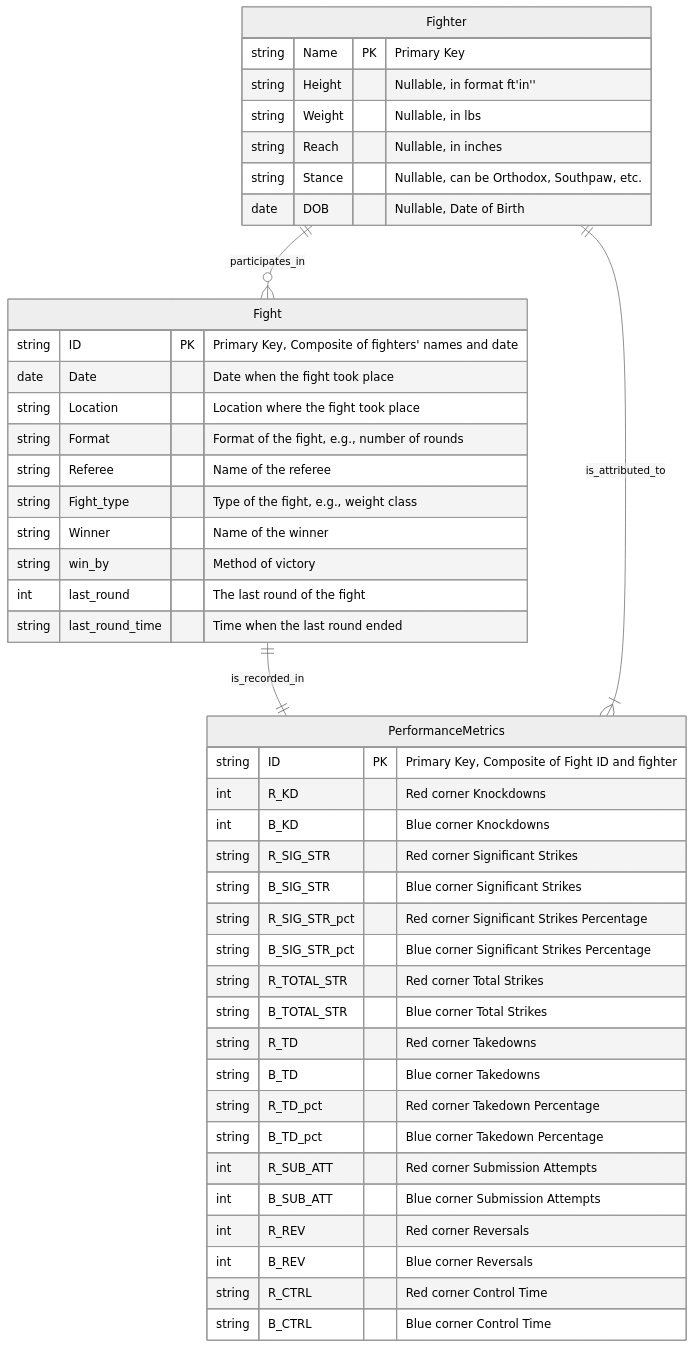
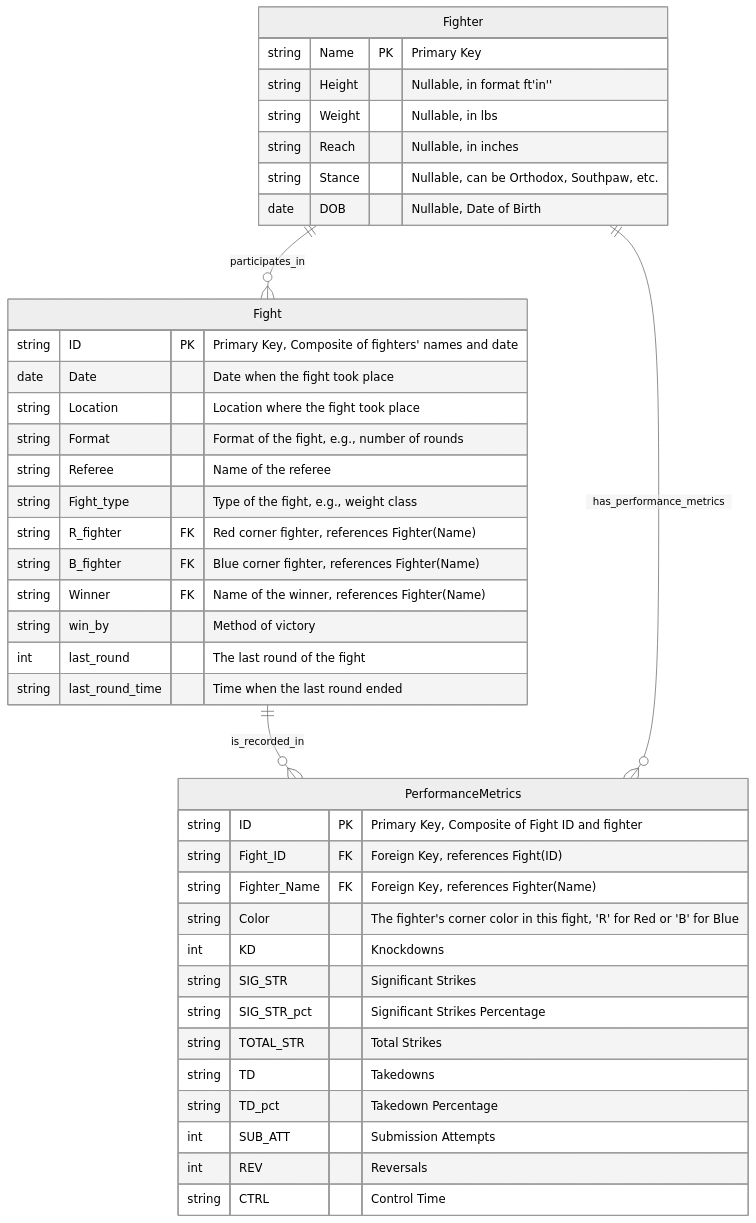
The diagram in 1_ERD.mermaid (adrianoamalfi/ufc), drawn with Mermaid (neutral theme) before and after one commit. The commit also changed 1 other file, not shown here.

Commit message:
update 1_ERD.mermaid and 1_ERD.png

```diff
--- a/1_ERD.mermaid
+++ b/1_ERD.mermaid
@@ -1,48 +1,44 @@
 erDiagram
     Fighter {
         string Name PK "Primary Key"
         string Height "Nullable, in format ft'in''"
         string Weight "Nullable, in lbs"
         string Reach "Nullable, in inches"
         string Stance "Nullable, can be Orthodox, Southpaw, etc."
         date DOB "Nullable, Date of Birth"
     }
 
     Fight {
         string ID PK "Primary Key, Composite of fighters' names and date"
         date Date "Date when the fight took place"
         string Location "Location where the fight took place"
         string Format "Format of the fight, e.g., number of rounds"
         string Referee "Name of the referee"
         string Fight_type "Type of the fight, e.g., weight class"
-        string Winner "Name of the winner"
+        string R_fighter FK "Red corner fighter, references Fighter(Name)"
+        string B_fighter FK "Blue corner fighter, references Fighter(Name)"
+        string Winner FK "Name of the winner, references Fighter(Name)"
         string win_by "Method of victory"
         int last_round "The last round of the fight"
         string last_round_time "Time when the last round ended"
     }
 
     PerformanceMetrics {
         string ID PK "Primary Key, Composite of Fight ID and fighter"
-        int R_KD "Red corner Knockdowns"
-        int B_KD "Blue corner Knockdowns"
-        string R_SIG_STR "Red corner Significant Strikes"
-        string B_SIG_STR "Blue corner Significant Strikes"
-        string R_SIG_STR_pct "Red corner Significant Strikes Percentage"
-        string B_SIG_STR_pct "Blue corner Significant Strikes Percentage"
-        string R_TOTAL_STR "Red corner Total Strikes"
-        string B_TOTAL_STR "Blue corner Total Strikes"
-        string R_TD "Red corner Takedowns"
-        string B_TD "Blue corner Takedowns"
-        string R_TD_pct "Red corner Takedown Percentage"
-        string B_TD_pct "Blue corner Takedown Percentage"
-        int R_SUB_ATT "Red corner Submission Attempts"
-        int B_SUB_ATT "Blue corner Submission Attempts"
-        int R_REV "Red corner Reversals"
-        int B_REV "Blue corner Reversals"
-        string R_CTRL "Red corner Control Time"
-        string B_CTRL "Blue corner Control Time"
+        string Fight_ID FK "Foreign Key, references Fight(ID)"
+        string Fighter_Name FK "Foreign Key, references Fighter(Name)"
+        string Color "The fighter's corner color in this fight, 'R' for Red or 'B' for Blue"
+        int KD "Knockdowns"
+        string SIG_STR "Significant Strikes"
+        string SIG_STR_pct "Significant Strikes Percentage"
+        string TOTAL_STR "Total Strikes"
+        string TD "Takedowns"
+        string TD_pct "Takedown Percentage"
+        int SUB_ATT "Submission Attempts"
+        int REV "Reversals"
+        string CTRL "Control Time"
     }
 
     Fighter ||--o{ Fight : "participates_in"
-    Fight ||--|| PerformanceMetrics : "is_recorded_in"
-    PerformanceMetrics }|--|| Fighter : "is_attributed_to"
+    Fight ||--o{ PerformanceMetrics : "is_recorded_in"
+    Fighter ||--o{ PerformanceMetrics : "has_performance_metrics"
```
